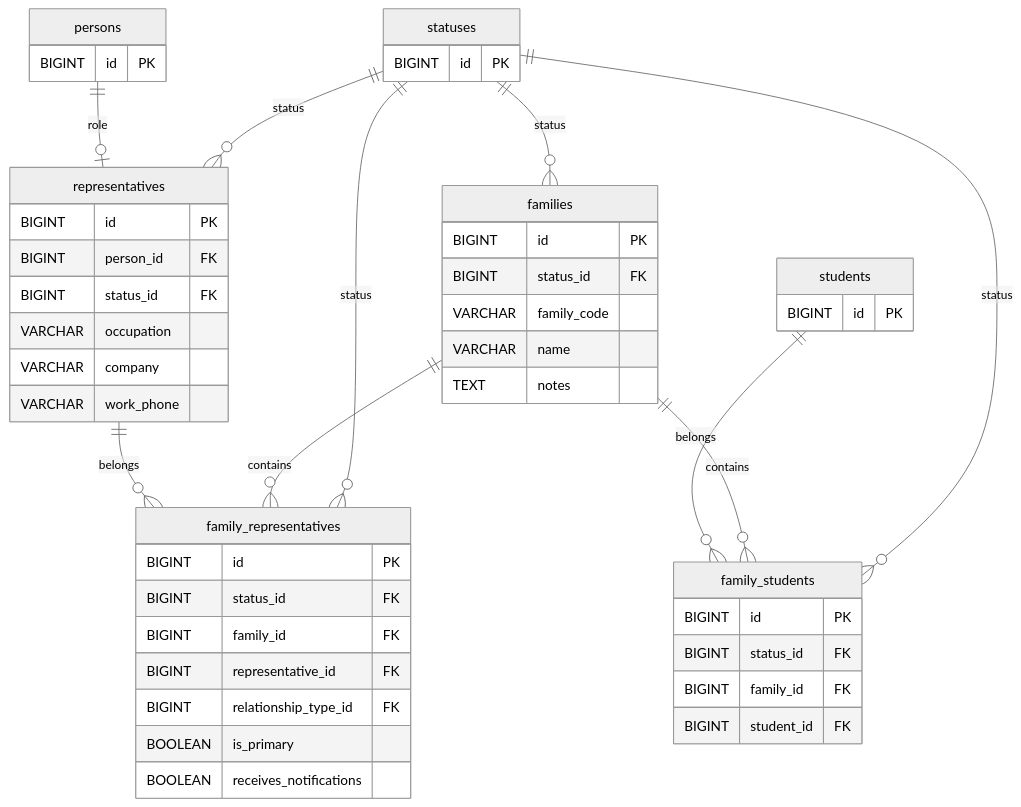
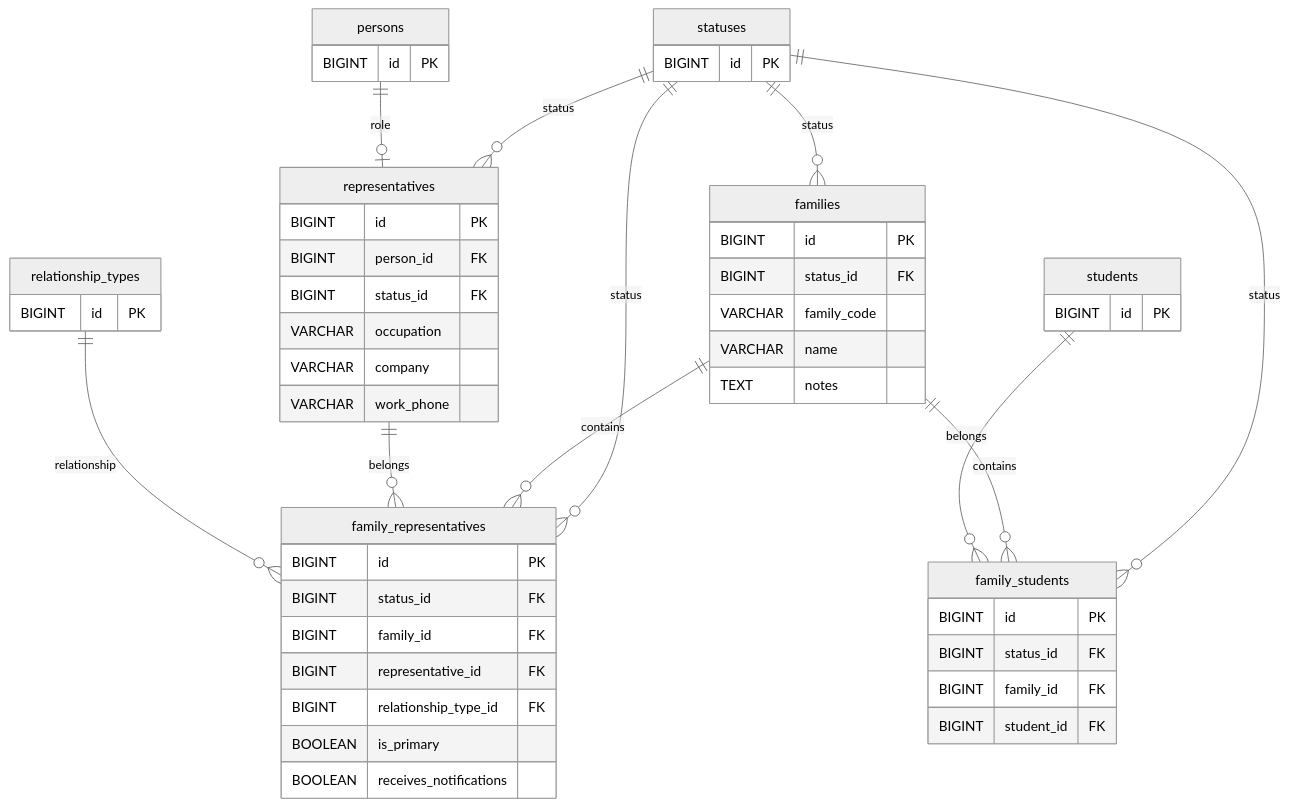
The fourth of 5 diagrams in .ai/ERD.md (patoz1977/antares-sis), drawn with Mermaid (neutral theme) before and after one commit. The commit also changed other lines of this file and 15 other files, not shown here.

```diff
--- a/.ai/ERD.md
+++ b/.ai/ERD.md
@@ -414,6 +522,12 @@
     }
 
     persons {
+
+        BIGINT id PK
+
+    }
+
+    relationship_types {
 
         BIGINT id PK
 
@@ -499,6 +613,8 @@
 
     representatives ||--o{ family_representatives : belongs
 
+    relationship_types ||--o{ family_representatives : relationship
+
     families ||--o{ family_students : contains
 
     students ||--o{ family_students : belongs
```
